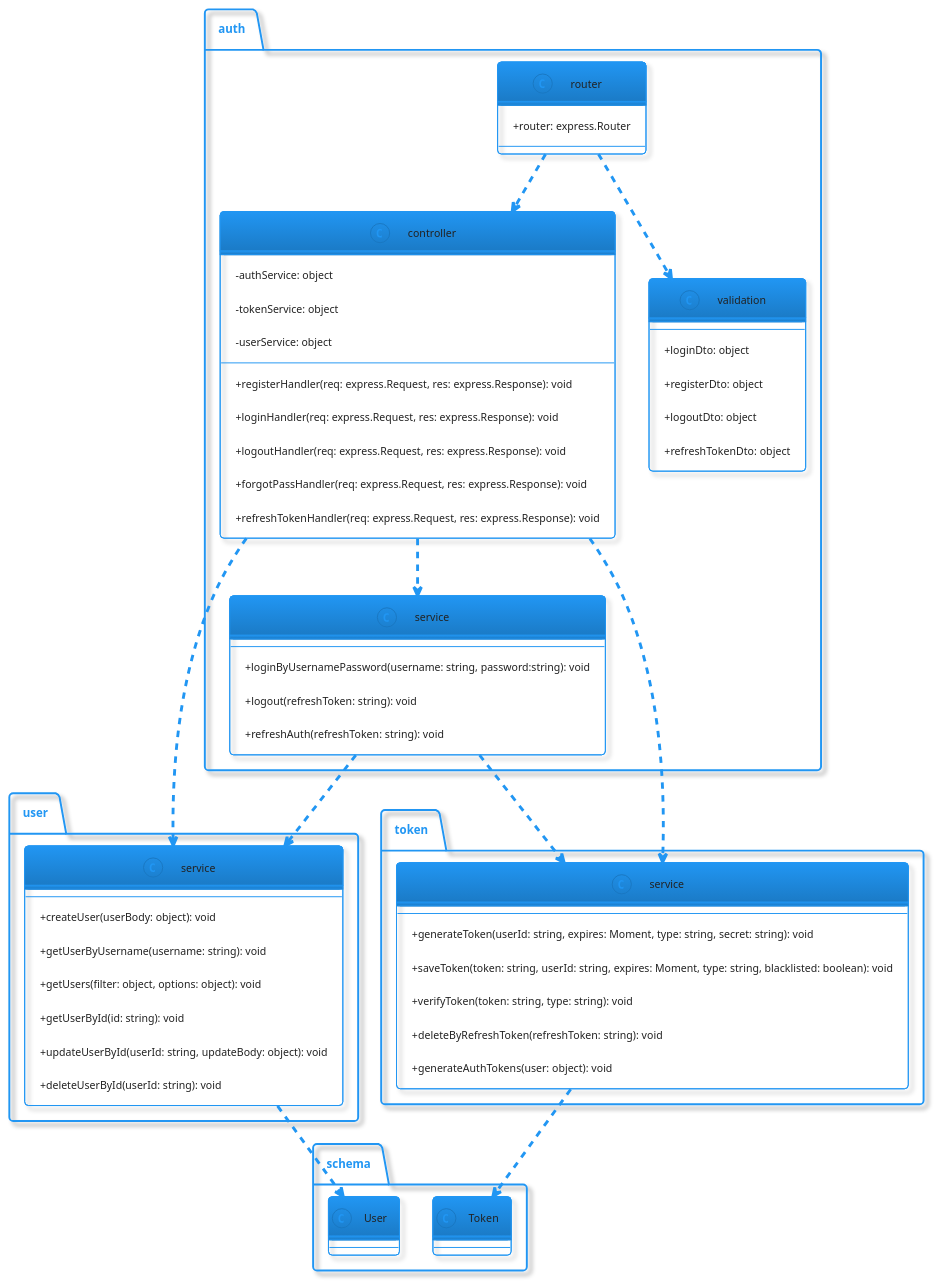
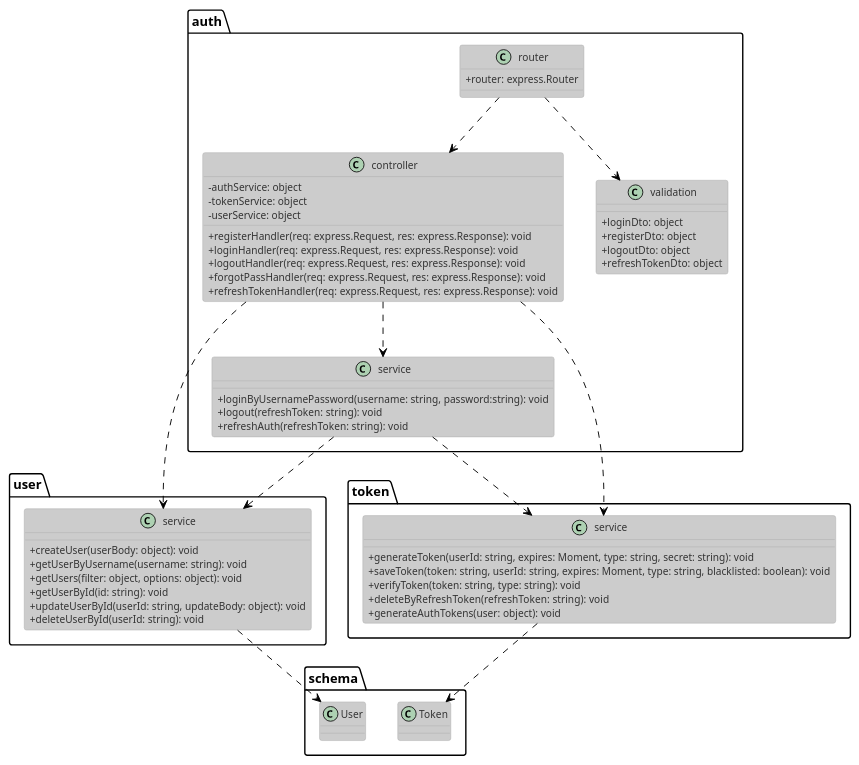
One commit to tuannm99/RMS changed the diagram in plantuml/class/auth.puml. Above: the diagram before and after it, drawn with PlantUML. The commit also changed 2 other files, not shown here.

Commit message:
update - uml

```diff
--- a/plantuml/class/auth.puml
+++ b/plantuml/class/auth.puml
@@ -1,79 +1,79 @@
-@startuml auth class diagram
-!theme materia-outline
+@startuml authClass
+!theme reddress-lightblue
 
 skinparam classAttributeIconSize 0
 class auth.controller{
   - {field} authService: object
   - {field} tokenService: object
   - {field} userService: object
 
   + {method} registerHandler(req: express.Request, res: express.Response): void
   + {method} loginHandler(req: express.Request, res: express.Response): void
   + {method} logoutHandler(req: express.Request, res: express.Response): void
   + {method} forgotPassHandler(req: express.Request, res: express.Response): void
   + {method} refreshTokenHandler(req: express.Request, res: express.Response): void
 }
 
 class auth.service{
   + {method} loginByUsernamePassword(username: string, password:string): void
   + {method} logout(refreshToken: string): void
   + {method} refreshAuth(refreshToken: string): void
 }
 
 class auth.router{
   + {field} router: express.Router
 }
 
 class auth.validation{
   + {method} loginDto: object
   + {method} registerDto: object
   + {method} logoutDto: object
   + {method} refreshTokenDto: object
 }
 
 ' class user.controller{
 '   + getAllUsersHandler(req, res): void
 '   + getUserHandler(req, res): void
 '   + updateUserHandler(req, res): void
 '   + deleteUserHandler(req, res): void
 ' }
 
 ' class user.router{
 '   + router: express.Router()
 ' }
 
 class user.service{
   + {method} createUser(userBody: object): void
   + {method} getUserByUsername(username: string): void
   + {method} getUsers(filter: object, options: object): void
   + {method} getUserById(id: string): void
   + {method} updateUserById(userId: string, updateBody: object): void
   + {method} deleteUserById(userId: string): void
 }
 
 class token.service{
   + {method} generateToken(userId: string, expires: Moment, type: string, secret: string): void
   + {method} saveToken(token: string, userId: string, expires: Moment, type: string, blacklisted: boolean): void
   + {method} verifyToken(token: string, type: string): void
   + {method} deleteByRefreshToken(refreshToken: string): void
   + {method} generateAuthTokens(user: object): void
 }
 
 class schema.Token {
 
 }
 
 class schema.User {
 
 }
 
 auth.router ..> auth.validation
 auth.controller ..> auth.service
 auth.router ..>	 auth.controller
 auth.service ..> user.service
 auth.service ..> token.service
 auth.controller ..> user.service
 auth.controller ..> token.service
 user.service ..> schema.User
 token.service ..> schema.Token
 @enduml
```
